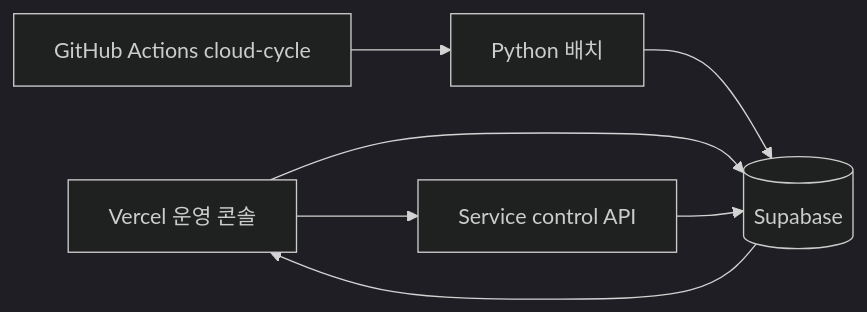
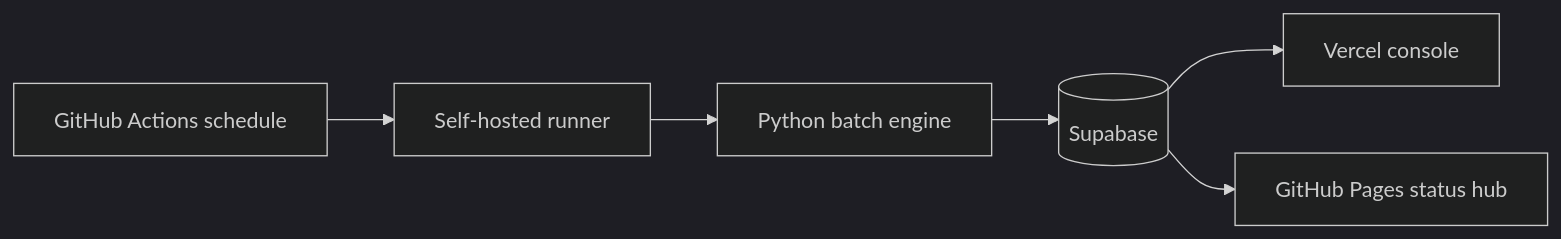
One commit to sheryloe/AutoTrading_ing....- changed the diagram in docs/wiki-src/System-Architecture.md. Above: the diagram before and after it, drawn with Mermaid (dark theme). The commit also changed other lines of this file and 13 other files, not shown here.

Commit message:
Refactor stack for self-hosted runner ops baseline

````diff
--- a/docs/wiki-src/System-Architecture.md
+++ b/docs/wiki-src/System-Architecture.md
@@ -20,9 +20,8 @@
 ```mermaid
 flowchart LR
-  UI[Vercel 운영 콘솔] --> SB[(Supabase)]
-  GA[GitHub Actions cloud-cycle] --> PY[Python 배치]
-  PY --> SB
-  SB --> UI
-  UI --> API[Service control API]
-  API --> SB
+  GA[GitHub Actions schedule] --> SR[Self-hosted runner]
+  SR --> PY[Python batch engine]
+  PY --> SB[(Supabase)]
+  SB --> VE[Vercel console]
+  SB --> GP[GitHub Pages status hub]
 ```
````
